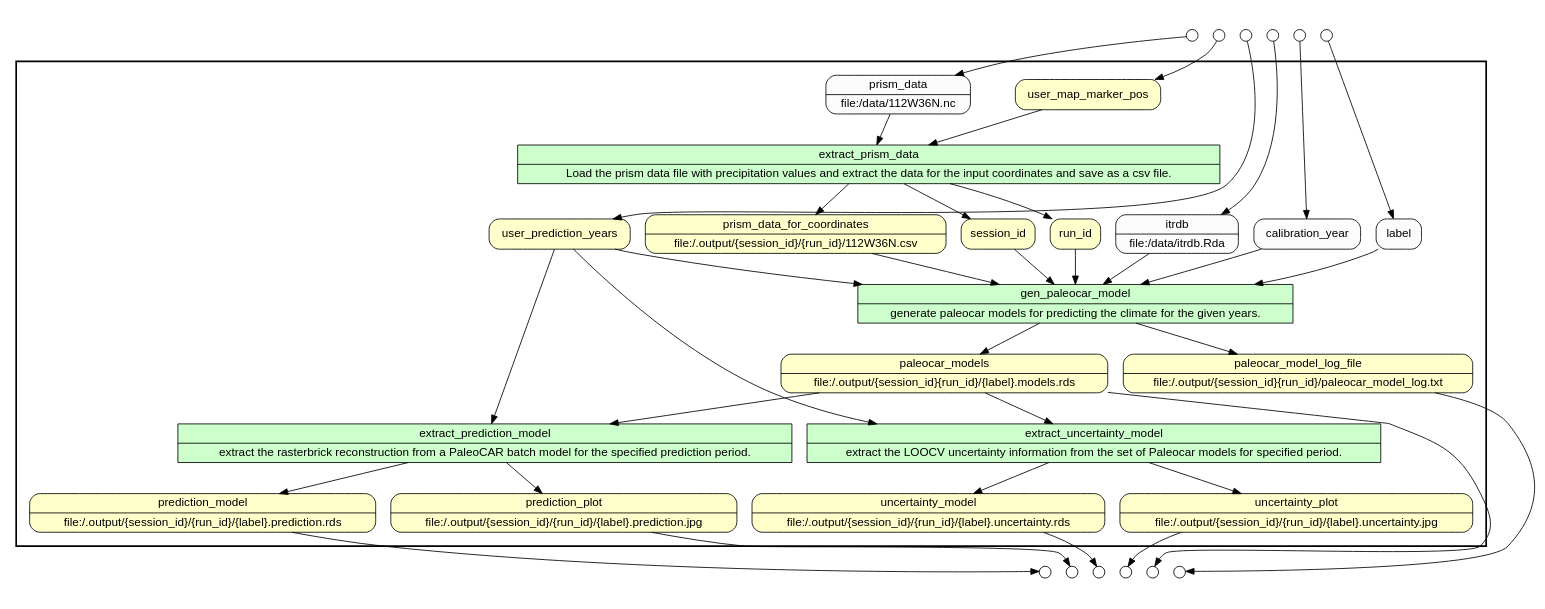
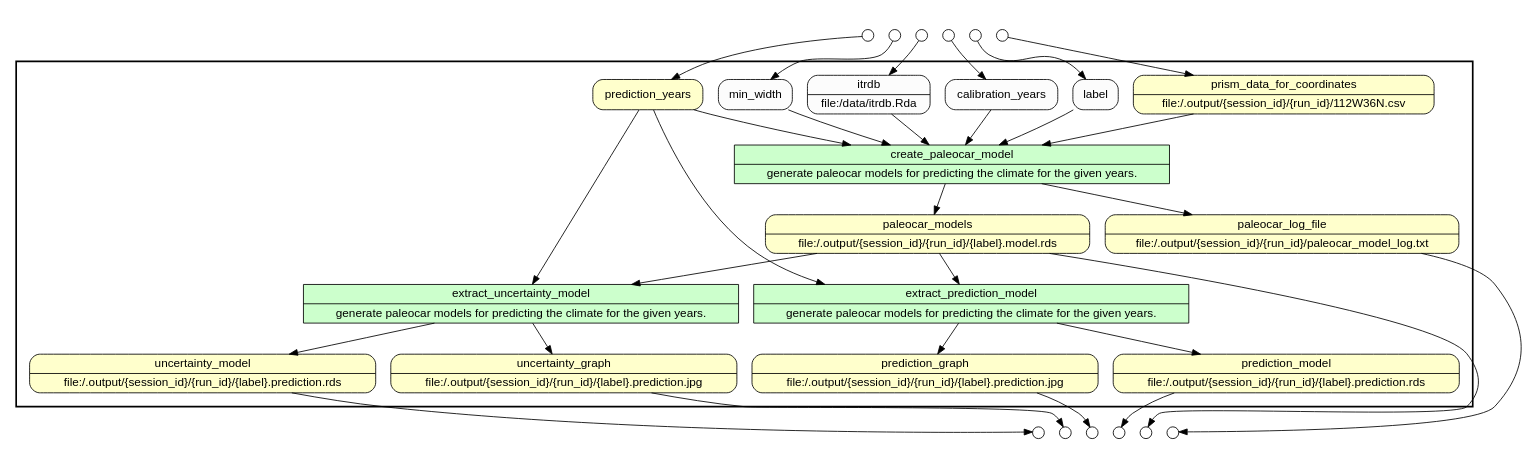
One commit to idaks/wt-prov-Summer-2017 changed the diagram in .prov_scripts/gv_files/wrapper_paleocar.gv. Above: the diagram before and after it, drawn with Graphviz. The commit also changed 238 other files, not shown here.

```diff
--- a/.prov_scripts/gv_files/wrapper_paleocar.gv
+++ b/.prov_scripts/gv_files/wrapper_paleocar.gv
@@ -1,84 +1,74 @@
 digraph Workflow {
 rankdir=TB
 fontname=Helvetica; fontsize=18; labelloc=t
 label=""
 subgraph cluster_workflow_box_outer { label=""; color=black; penwidth=2
 subgraph cluster_workflow_box_inner { label=""; penwidth=0
 node[shape=box style=filled fillcolor="#CCFFCC" peripheries=1 fontname=Helvetica]
-extract_prism_data [shape=record rankdir=LR label="{<f0> extract_prism_data |<f1> Load the prism data file with precipitation values and extract the data for the input coordinates and save as a csv file.}"];
-gen_paleocar_model [shape=record rankdir=LR label="{<f0> gen_paleocar_model |<f1> generate paleocar models for predicting the climate for the given years.}"];
-extract_prediction_model [shape=record rankdir=LR label="{<f0> extract_prediction_model |<f1> extract the rasterbrick reconstruction from a PaleoCAR batch model for the specified prediction period.}"];
-extract_uncertainty_model [shape=record rankdir=LR label="{<f0> extract_uncertainty_model |<f1> extract the LOOCV uncertainty information from the set of Paleocar models for specified period.}"];
+create_paleocar_model [shape=record rankdir=LR label="{<f0> create_paleocar_model |<f1> generate paleocar models for predicting the climate for the given years.}"];
+extract_prediction_model [shape=record rankdir=LR label="{<f0> extract_prediction_model |<f1> generate paleocar models for predicting the climate for the given years.}"];
+extract_uncertainty_model [shape=record rankdir=LR label="{<f0> extract_uncertainty_model |<f1> generate paleocar models for predicting the climate for the given years.}"];
 node[shape=box style="rounded,filled" fillcolor="#FFFFCC" peripheries=1 fontname=Helvetica]
-user_map_marker_pos
-user_prediction_years
+prediction_years
 prism_data_for_coordinates [shape=record rankdir=LR label="{<f0> prism_data_for_coordinates |<f1> file\:/.output/\{session_id\}/\{run_id\}/112W36N.csv}"];
-session_id
-run_id
-paleocar_models [shape=record rankdir=LR label="{<f0> paleocar_models |<f1> file\:/.output/\{session_id\}\{run_id\}/\{label\}.models.rds}"];
+paleocar_models [shape=record rankdir=LR label="{<f0> paleocar_models |<f1> file\:/.output/\{session_id\}/\{run_id\}/\{label\}.model.rds}"];
+prediction_graph [shape=record rankdir=LR label="{<f0> prediction_graph |<f1> file\:/.output/\{session_id\}/\{run_id\}/\{label\}.prediction.jpg}"];
 prediction_model [shape=record rankdir=LR label="{<f0> prediction_model |<f1> file\:/.output/\{session_id\}/\{run_id\}/\{label\}.prediction.rds}"];
-uncertainty_model [shape=record rankdir=LR label="{<f0> uncertainty_model |<f1> file\:/.output/\{session_id\}/\{run_id\}/\{label\}.uncertainty.rds}"];
-prediction_plot [shape=record rankdir=LR label="{<f0> prediction_plot |<f1> file\:/.output/\{session_id\}/\{run_id\}/\{label\}.prediction.jpg}"];
-uncertainty_plot [shape=record rankdir=LR label="{<f0> uncertainty_plot |<f1> file\:/.output/\{session_id\}/\{run_id\}/\{label\}.uncertainty.jpg}"];
-paleocar_model_log_file [shape=record rankdir=LR label="{<f0> paleocar_model_log_file |<f1> file\:/.output/\{session_id\}\{run_id\}/paleocar_model_log.txt}"];
+paleocar_log_file [shape=record rankdir=LR label="{<f0> paleocar_log_file |<f1> file\:/.output/\{session_id\}/\{run_id\}/paleocar_model_log.txt}"];
+uncertainty_model [shape=record rankdir=LR label="{<f0> uncertainty_model |<f1> file\:/.output/\{session_id\}/\{run_id\}/\{label\}.prediction.rds}"];
+uncertainty_graph [shape=record rankdir=LR label="{<f0> uncertainty_graph |<f1> file\:/.output/\{session_id\}/\{run_id\}/\{label\}.prediction.jpg}"];
 node[shape=box style="rounded,filled" fillcolor="#FCFCFC" peripheries=1 fontname=Helvetica]
-prism_data [shape=record rankdir=LR label="{<f0> prism_data |<f1> file\:/data/112W36N.nc}"];
 label
-calibration_year
+calibration_years
 itrdb [shape=record rankdir=LR label="{<f0> itrdb |<f1> file\:/data/itrdb.Rda}"];
-extract_prism_data -> session_id
-extract_prism_data -> run_id
-extract_prism_data -> prism_data_for_coordinates
-user_map_marker_pos -> extract_prism_data
-prism_data -> extract_prism_data
-gen_paleocar_model -> paleocar_models
-gen_paleocar_model -> paleocar_model_log_file
-label -> gen_paleocar_model
-calibration_year -> gen_paleocar_model
-itrdb -> gen_paleocar_model
-user_prediction_years -> gen_paleocar_model
-prism_data_for_coordinates -> gen_paleocar_model
-session_id -> gen_paleocar_model
-run_id -> gen_paleocar_model
+min_width
+create_paleocar_model -> paleocar_models
+create_paleocar_model -> paleocar_log_file
+label -> create_paleocar_model
+calibration_years -> create_paleocar_model
+itrdb -> create_paleocar_model
+min_width -> create_paleocar_model
+prediction_years -> create_paleocar_model
+prism_data_for_coordinates -> create_paleocar_model
+extract_prediction_model -> prediction_graph
 extract_prediction_model -> prediction_model
-extract_prediction_model -> prediction_plot
+prediction_years -> extract_prediction_model
 paleocar_models -> extract_prediction_model
-user_prediction_years -> extract_prediction_model
+extract_uncertainty_model -> uncertainty_graph
 extract_uncertainty_model -> uncertainty_model
-extract_uncertainty_model -> uncertainty_plot
+prediction_years -> extract_uncertainty_model
 paleocar_models -> extract_uncertainty_model
-user_prediction_years -> extract_uncertainty_model
 }}
 subgraph cluster_input_ports_group_outer { label=""; penwidth=0
 subgraph cluster_input_ports_group_inner { label=""; penwidth=0
 node[shape=circle style="rounded,filled" fillcolor="#FFFFFF" peripheries=1 fontname=Helvetica width=0.2]
-user_map_marker_pos_input_port [label=""]
-user_prediction_years_input_port [label=""]
-prism_data_input_port [label=""]
+prediction_years_input_port [label=""]
+prism_data_for_coordinates_input_port [label=""]
 itrdb_input_port [label=""]
-calibration_year_input_port [label=""]
+calibration_years_input_port [label=""]
 label_input_port [label=""]
+min_width_input_port [label=""]
 }}
 subgraph cluster_output_ports_group_outer { label=""; penwidth=0
 subgraph cluster_output_ports_group_inner { label=""; penwidth=0
 node[shape=circle style="rounded,filled" fillcolor="#FFFFFF" peripheries=1 fontname=Helvetica width=0.2]
+prediction_graph_output_port [label=""]
+prediction_model_output_port [label=""]
+paleocar_log_file_output_port [label=""]
+uncertainty_model_output_port [label=""]
+uncertainty_graph_output_port [label=""]
 paleocar_models_output_port [label=""]
-prediction_model_output_port [label=""]
-uncertainty_model_output_port [label=""]
-prediction_plot_output_port [label=""]
-uncertainty_plot_output_port [label=""]
-paleocar_model_log_file_output_port [label=""]
 }}
-user_map_marker_pos_input_port -> user_map_marker_pos
-user_prediction_years_input_port -> user_prediction_years
-prism_data_input_port -> prism_data
+prediction_years_input_port -> prediction_years
+prism_data_for_coordinates_input_port -> prism_data_for_coordinates
 itrdb_input_port -> itrdb
-calibration_year_input_port -> calibration_year
+calibration_years_input_port -> calibration_years
 label_input_port -> label
+min_width_input_port -> min_width
+prediction_graph -> prediction_graph_output_port
+prediction_model -> prediction_model_output_port
+paleocar_log_file -> paleocar_log_file_output_port
+uncertainty_model -> uncertainty_model_output_port
+uncertainty_graph -> uncertainty_graph_output_port
 paleocar_models -> paleocar_models_output_port
-prediction_model -> prediction_model_output_port
-uncertainty_model -> uncertainty_model_output_port
-prediction_plot -> prediction_plot_output_port
-uncertainty_plot -> uncertainty_plot_output_port
-paleocar_model_log_file -> paleocar_model_log_file_output_port
 }
```
